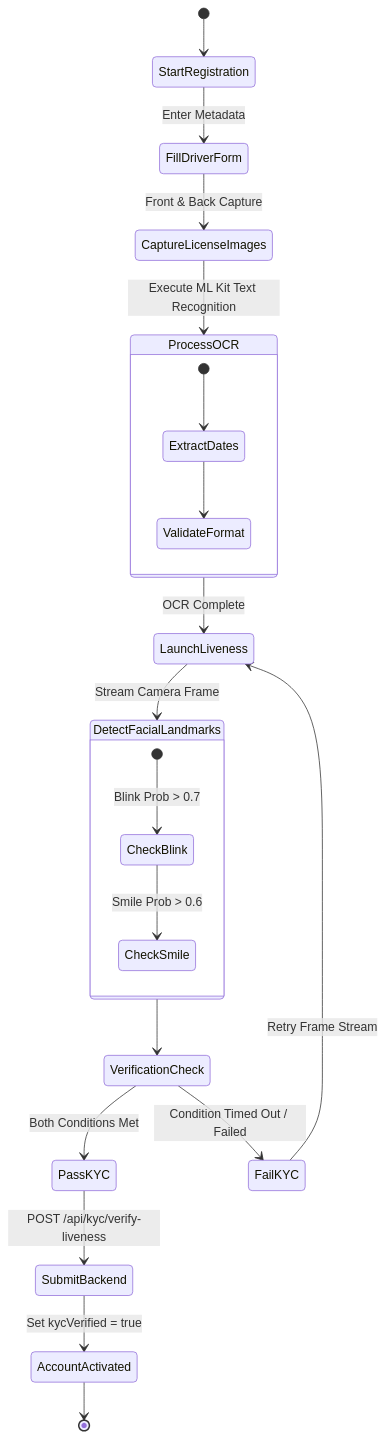
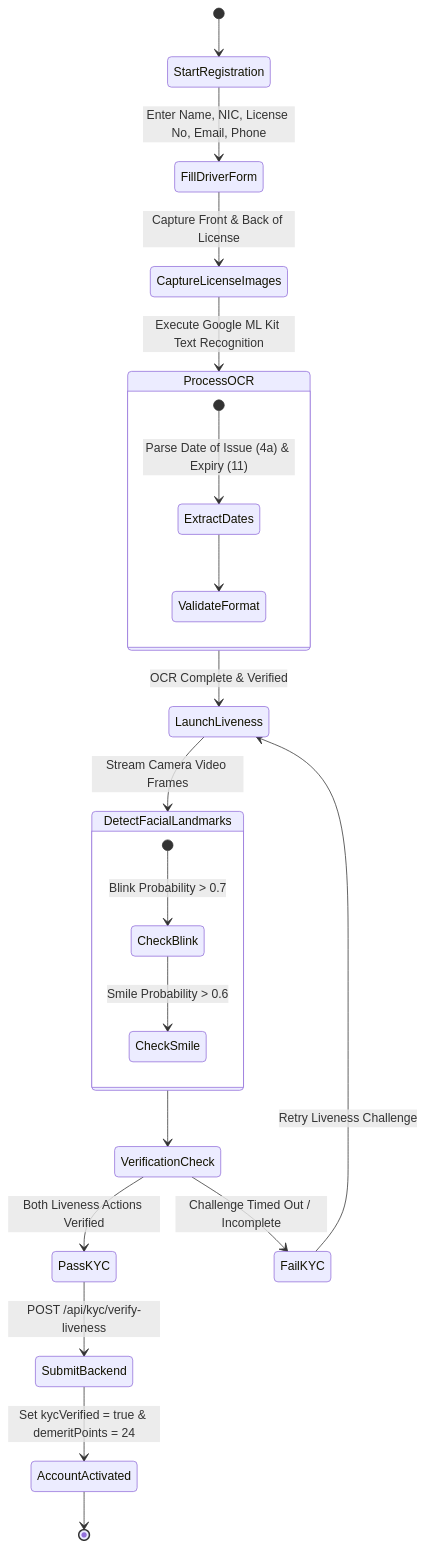
Before and after one commit to e-fine-sl/e-fine-sl-traffic-management: the tenth of 15 diagrams in README.md, drawn with Mermaid. The commit also changed other lines of this file, not shown here.

Commit message:
docs(architecture): update system design diagrams, use case specifications, class diagrams, sequence flows, activity flows, wireframes, and database ERD schemas to match live implementation

````diff
--- a/README.md
+++ b/README.md
@@ -552,29 +616,29 @@
 ```mermaid
 stateDiagram-v2
     [*] --> StartRegistration
-    StartRegistration --> FillDriverForm: Enter Metadata
-    FillDriverForm --> CaptureLicenseImages: Front & Back Capture
-    CaptureLicenseImages --> ProcessOCR: Execute ML Kit Text Recognition
+    StartRegistration --> FillDriverForm: Enter Name, NIC, License No, Email, Phone
+    FillDriverForm --> CaptureLicenseImages: Capture Front & Back of License
+    CaptureLicenseImages --> ProcessOCR: Execute Google ML Kit Text Recognition
     
     state ProcessOCR {
-        [*] --> ExtractDates
+        [*] --> ExtractDates: Parse Date of Issue (4a) & Expiry (11)
         ExtractDates --> ValidateFormat
     }
     
-    ProcessOCR --> LaunchLiveness: OCR Complete
-    LaunchLiveness --> DetectFacialLandmarks: Stream Camera Frame
+    ProcessOCR --> LaunchLiveness: OCR Complete & Verified
+    LaunchLiveness --> DetectFacialLandmarks: Stream Camera Video Frames
     
     state DetectFacialLandmarks {
-        [*] --> CheckBlink: Blink Prob > 0.7
-        CheckBlink --> CheckSmile: Smile Prob > 0.6
+        [*] --> CheckBlink: Blink Probability > 0.7
+        CheckBlink --> CheckSmile: Smile Probability > 0.6
     }
 
     DetectFacialLandmarks --> VerificationCheck
-    VerificationCheck --> PassKYC: Both Conditions Met
-    VerificationCheck --> FailKYC: Condition Timed Out / Failed
+    VerificationCheck --> PassKYC: Both Liveness Actions Verified
+    VerificationCheck --> FailKYC: Challenge Timed Out / Incomplete
 
-    FailKYC --> LaunchLiveness: Retry Frame Stream
+    FailKYC --> LaunchLiveness: Retry Liveness Challenge
     PassKYC --> SubmitBackend: POST /api/kyc/verify-liveness
-    SubmitBackend --> AccountActivated: Set kycVerified = true
+    SubmitBackend --> AccountActivated: Set kycVerified = true & demeritPoints = 24
     AccountActivated --> [*]
 ```
````
